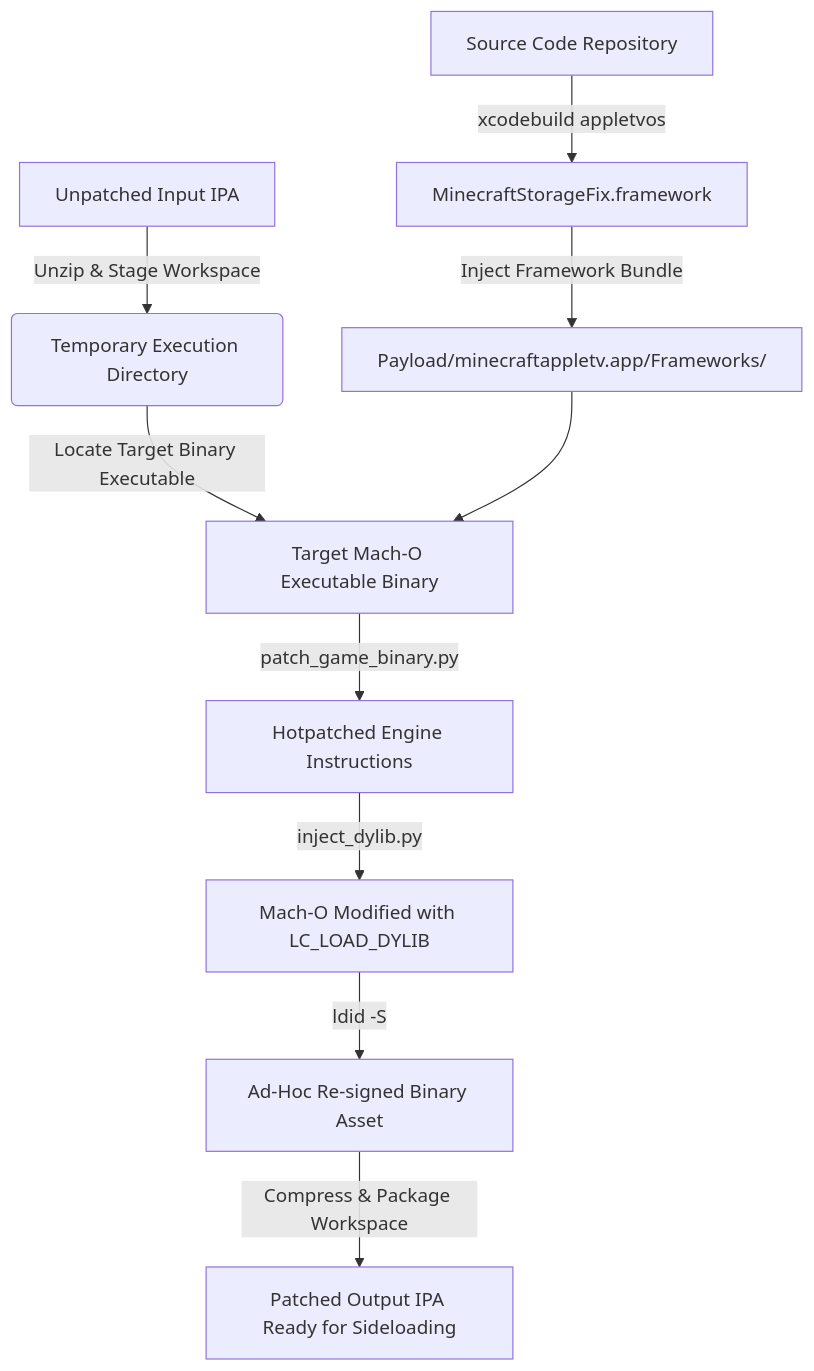
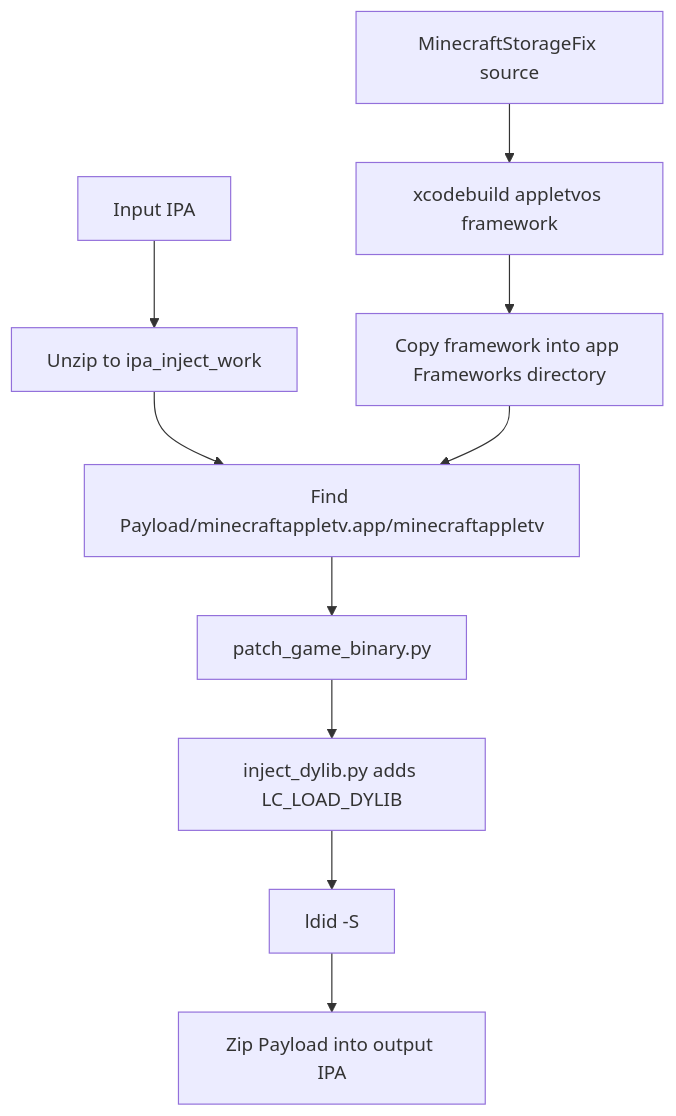
Before and after one commit to dxcool222/Minecraft-Apple-TV-edition-Fix: the diagram in README.md, drawn with Mermaid. The commit also changed other lines of this file, not shown here.

````diff
--- a/README.md
+++ b/README.md
@@ -165,12 +144,12 @@
 ```mermaid
 graph TD
-    A[Unpatched Input IPA] -->|Unzip & Stage Workspace| B(Temporary Execution Directory)
-    C[Source Code Repository] -->|xcodebuild appletvos| D[MinecraftStorageFix.framework]
-    D -->|Inject Framework Bundle| E[Payload/minecraftappletv.app/Frameworks/]
-    B -->|Locate Target Binary Executable| F[Target Mach-O Executable Binary]
+    A[Input IPA] --> B[Unzip to ipa_inject_work]
+    C[MinecraftStorageFix source] --> D[xcodebuild appletvos framework]
+    D --> E[Copy framework into app Frameworks directory]
+    B --> F[Find Payload/minecraftappletv.app/minecraftappletv]
     E --> F
-    F -->|patch_game_binary.py| G[Hotpatched Engine Instructions]
-    G -->|inject_dylib.py| H[Mach-O Modified with LC_LOAD_DYLIB]
-    H -->|ldid -S| I[Ad-Hoc Re-signed Binary Asset]
-    I -->|Compress & Package Workspace| J[Patched Output IPA Ready for Sideloading]
+    F --> G[patch_game_binary.py]
+    G --> H[inject_dylib.py adds LC_LOAD_DYLIB]
+    H --> I[ldid -S]
+    I --> J[Zip Payload into output IPA]
 ```
````
